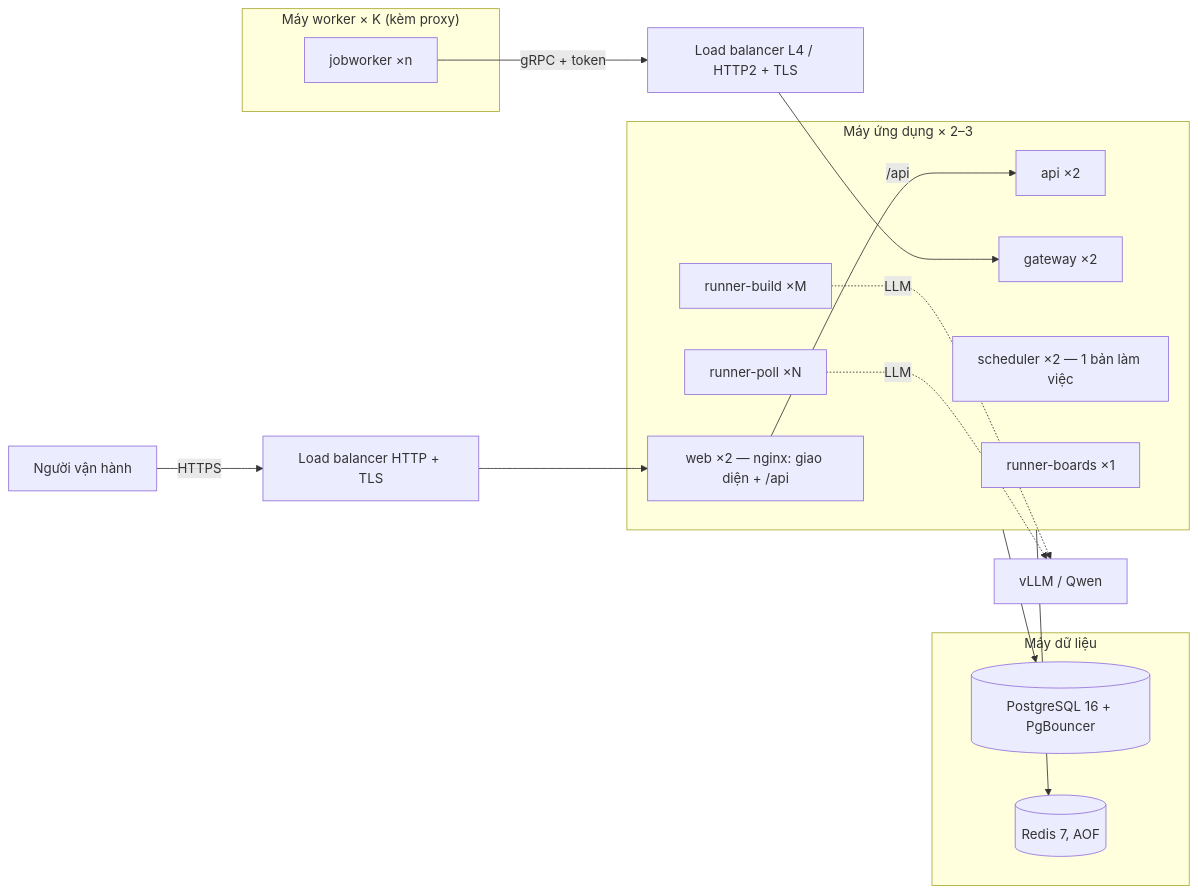
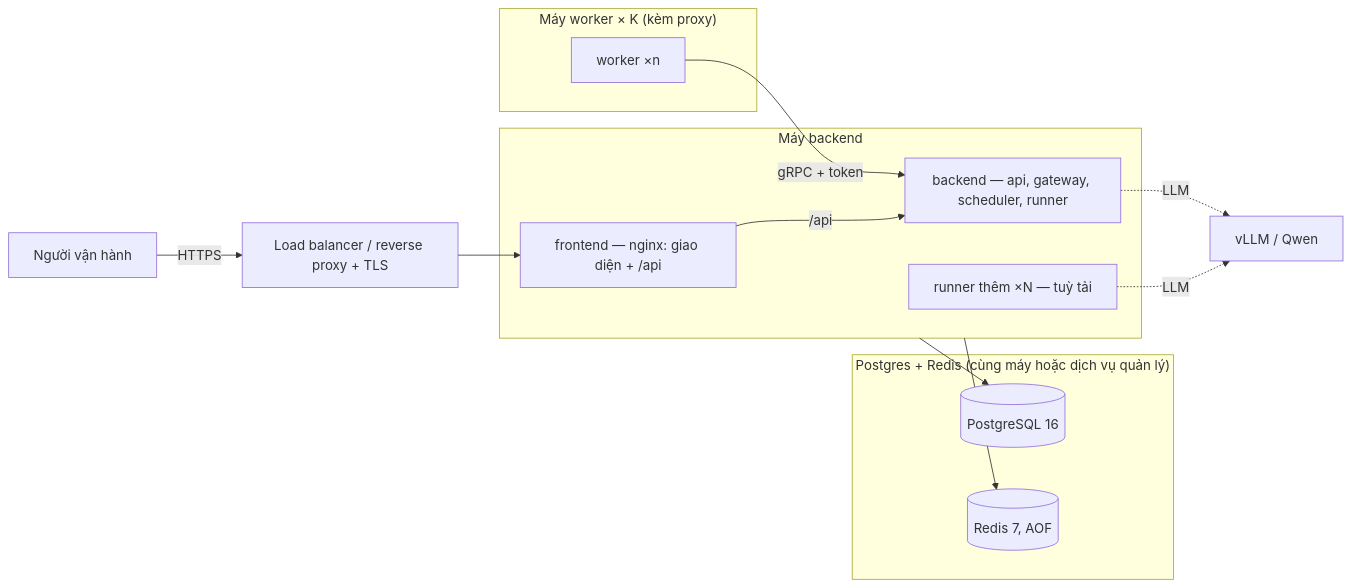
Before and after one commit to ntthanh2603/job-crawler: the diagram in docs/DEPLOY.md, drawn with Mermaid. The commit also changed other lines of this file and 7 other files, not shown here.

First line of the commit message:
docs: architecture, operations, deploy and service READMEs for this series

````diff
--- a/docs/DEPLOY.md
+++ b/docs/DEPLOY.md
@@ -10,26 +10,21 @@
 ```mermaid
 flowchart LR
-  subgraph data["Máy dữ liệu"]
-    PG[(PostgreSQL 16 + PgBouncer)]
+  subgraph data["Postgres + Redis (cùng máy hoặc dịch vụ quản lý)"]
+    PG[(PostgreSQL 16)]
     RD[(Redis 7, AOF)]
   end
-  subgraph app["Máy ứng dụng × 2–3"]
-    WEB[web ×2 — nginx: giao diện + /api]
-    API[api ×2]
-    GW[gateway ×2]
-    SCH[scheduler ×2 — 1 bản làm việc]
-    RP[runner-poll ×N]
-    RB[runner-build ×M]
-    RBo[runner-boards ×1]
+  subgraph app["Máy backend"]
+    FE[frontend — nginx: giao diện + /api]
+    BE[backend — api, gateway, scheduler, runner]
+    RX[runner thêm ×N — tuỳ tải]
   end
   subgraph workers["Máy worker × K (kèm proxy)"]
-    W1[jobworker ×n]
+    W1[worker ×n]
   end
-  LB[Load balancer L4 / HTTP2 + TLS] --> GW
-  U[Người vận hành] -->|HTTPS| LB2[Load balancer HTTP + TLS] --> WEB
-  WEB -->|/api| API
-  W1 -->|gRPC + token| LB
+  U[Người vận hành] -->|HTTPS| LB[Load balancer / reverse proxy + TLS] --> FE
+  FE -->|/api| BE
+  W1 -->|gRPC + token| BE
   app --> PG
   app --> RD
-  RP & RB -.->|LLM| LLM[vLLM / Qwen]
+  BE & RX -.->|LLM| LLM[vLLM / Qwen]
 ```
````
